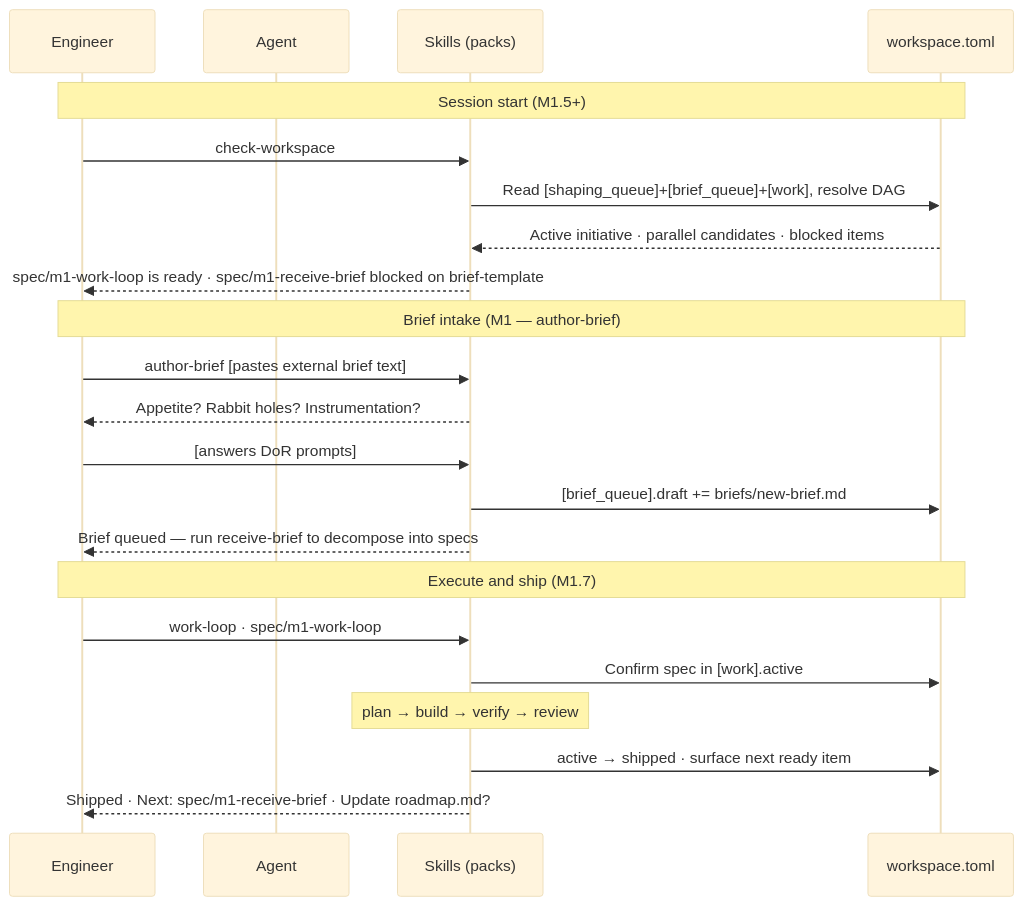
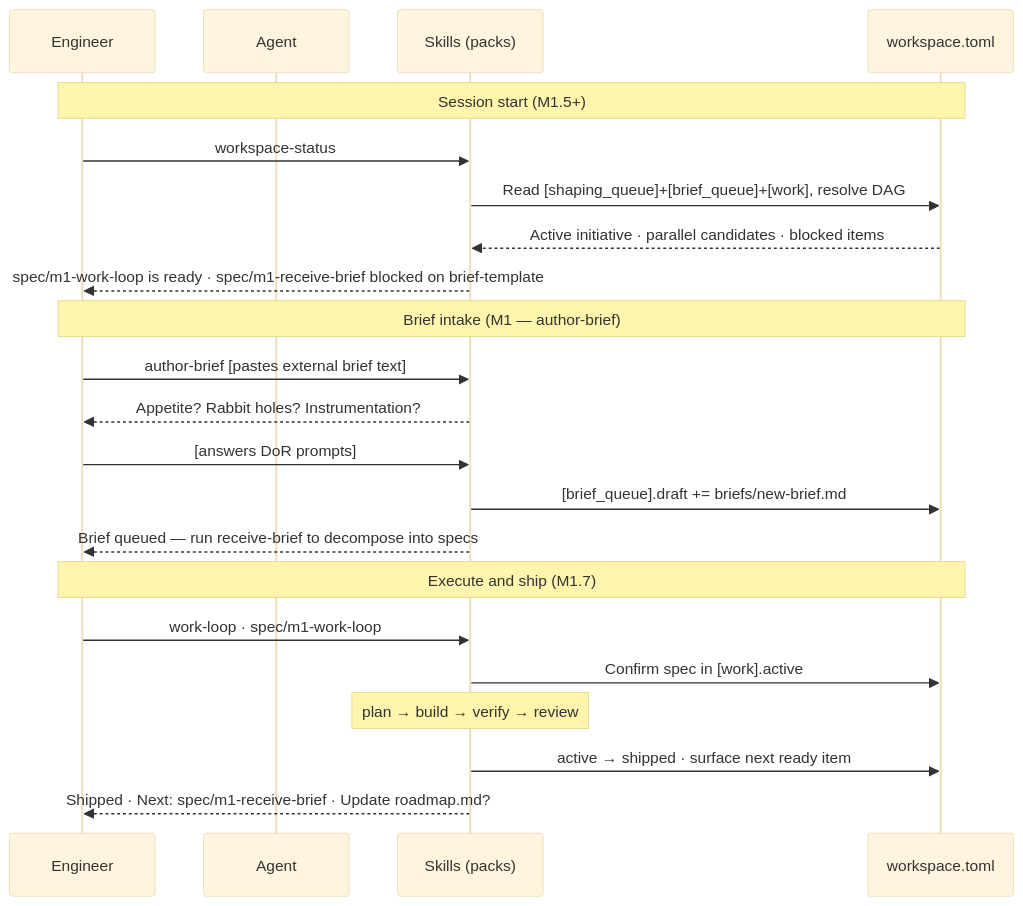
One commit to eugenelim/agent-ready-repo changed the diagram in docs/product/journeys/engineer-adopts-coordination.md. Above: the diagram before and after it, drawn with Mermaid (base theme). The commit also changed other lines of this file and 40 other files, not shown here.

First line of the commit message:
feat(core): rename check-workspace → workspace-status (RFC-0067 Change A) (#565)

````diff
--- a/docs/product/journeys/engineer-adopts-coordination.md
+++ b/docs/product/journeys/engineer-adopts-coordination.md
@@ -46,27 +46,27 @@
 ```mermaid
 sequenceDiagram
     participant H as Engineer
     participant A as Agent
     participant SK as Skills (packs)
     participant WS as workspace.toml
 
     Note over H,WS: Session start (M1.5+)
-    H->>SK: check-workspace
+    H->>SK: workspace-status
     SK->>WS: Read [shaping_queue]+[brief_queue]+[work], resolve DAG
     WS-->>SK: Active initiative · parallel candidates · blocked items
     SK-->>H: spec/m1-work-loop is ready · spec/m1-receive-brief blocked on brief-template
 
     Note over H,WS: Brief intake (M1 — author-brief)
     H->>SK: author-brief [pastes external brief text]
     SK-->>H: Appetite? Rabbit holes? Instrumentation?
     H->>SK: [answers DoR prompts]
     SK->>WS: [brief_queue].draft += briefs/new-brief.md
     SK-->>H: Brief queued — run receive-brief to decompose into specs
 
     Note over H,WS: Execute and ship (M1.7)
     H->>SK: work-loop · spec/m1-work-loop
     SK->>WS: Confirm spec in [work].active
     Note over SK: plan → build → verify → review
     SK->>WS: active → shipped · surface next ready item
     SK-->>H: Shipped · Next: spec/m1-receive-brief · Update roadmap.md?
 ```
````
